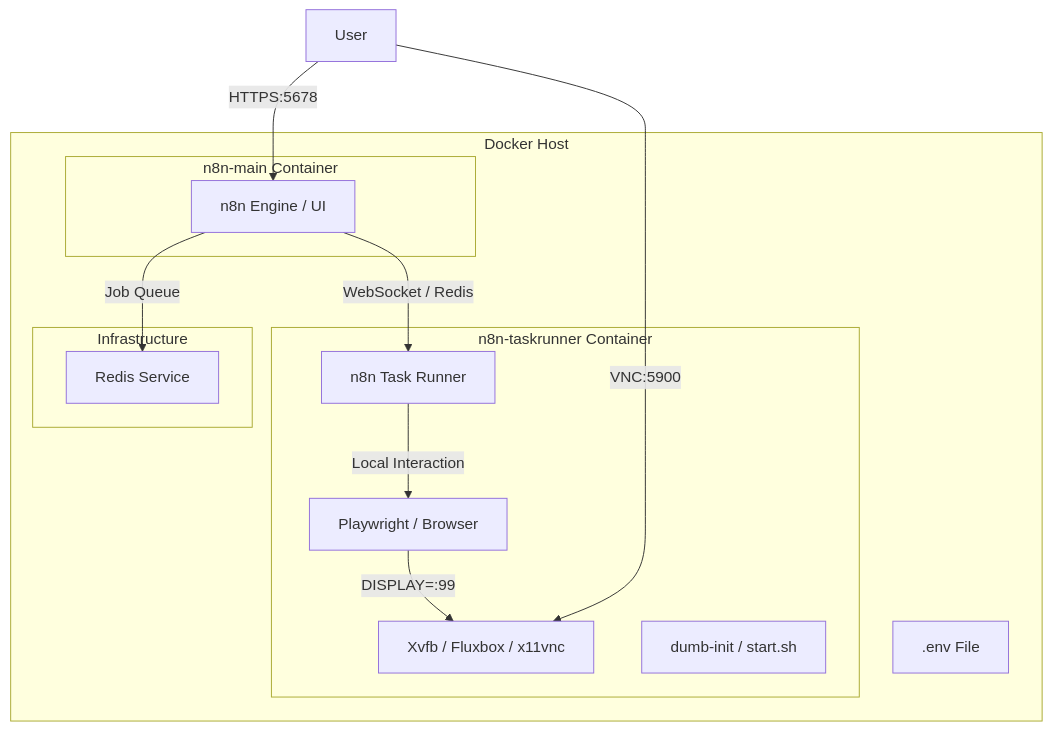
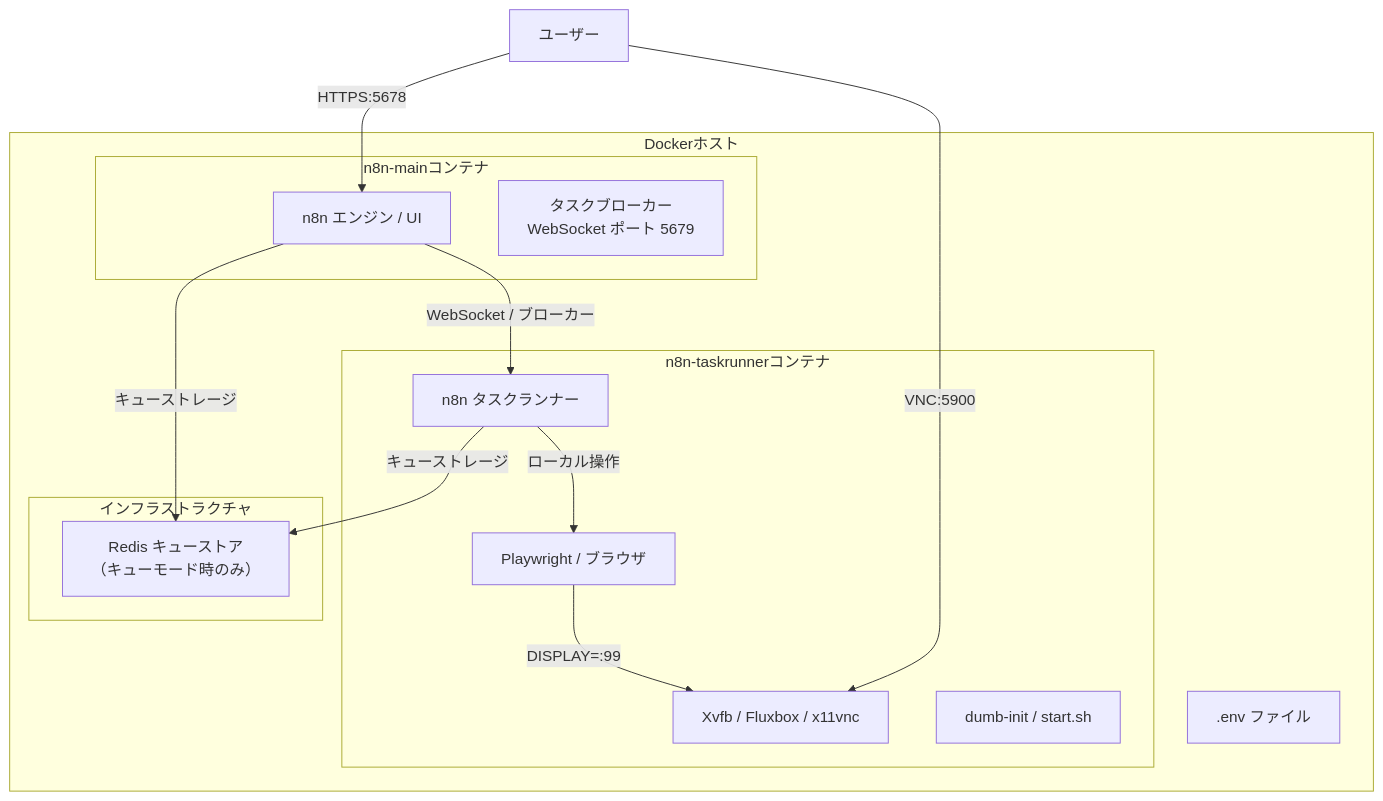
The first of 3 diagrams in .kiro/specs/n8n-playwright-vnc-docker/design.md (da-shina/n8n-docker-compose), drawn with Mermaid before and after one commit. The commit also changed other lines of this file and 3 other files, not shown here.

First line of the commit message:
feat: Update design and tasks for n8n-playwright-vnc-docker spec

````diff
--- a/.kiro/specs/n8n-playwright-vnc-docker/design.md
+++ b/.kiro/specs/n8n-playwright-vnc-docker/design.md
@@ -19,25 +32,27 @@
 ```mermaid
 graph TB
-    subgraph "Docker Host"
-        subgraph "n8n-main Container"
-            N8N[n8n Engine / UI]
+    subgraph "Dockerホスト"
+        subgraph "n8n-mainコンテナ"
+            N8N[n8n エンジン / UI]
+            Broker[タスクブローカー\nWebSocket ポート 5679]
         end
-        subgraph "n8n-taskrunner Container"
-            TR[n8n Task Runner]
-            PW[Playwright / Browser]
+        subgraph "n8n-taskrunnerコンテナ"
+            TR[n8n タスクランナー]
+            PW[Playwright / ブラウザ]
             GUI[Xvfb / Fluxbox / x11vnc]
             Init[dumb-init / start.sh]
         end
-        subgraph "Infrastructure"
-            Redis[Redis Service]
+        subgraph "インフラストラクチャ"
+            Redis[Redis キューストア\n（キューモード時のみ）]
         end
-        Env[.env File]
+        Env[.env ファイル]
     end
-    
-    User -- HTTPS:5678 --> N8N
-    User -- VNC:5900 --> GUI
-    N8N -- WebSocket / Redis --> TR
-    TR -- Local Interaction --> PW
+
+    ユーザー -- HTTPS:5678 --> N8N
+    ユーザー -- VNC:5900 --> GUI
+    N8N -- WebSocket / ブローカー --> TR
+    TR -- ローカル操作 --> PW
     PW -- DISPLAY=:99 --> GUI
-    N8N -- Job Queue --> Redis
+    N8N -- キューストレージ --> Redis
+    TR -- キューストレージ --> Redis
 ```
````
